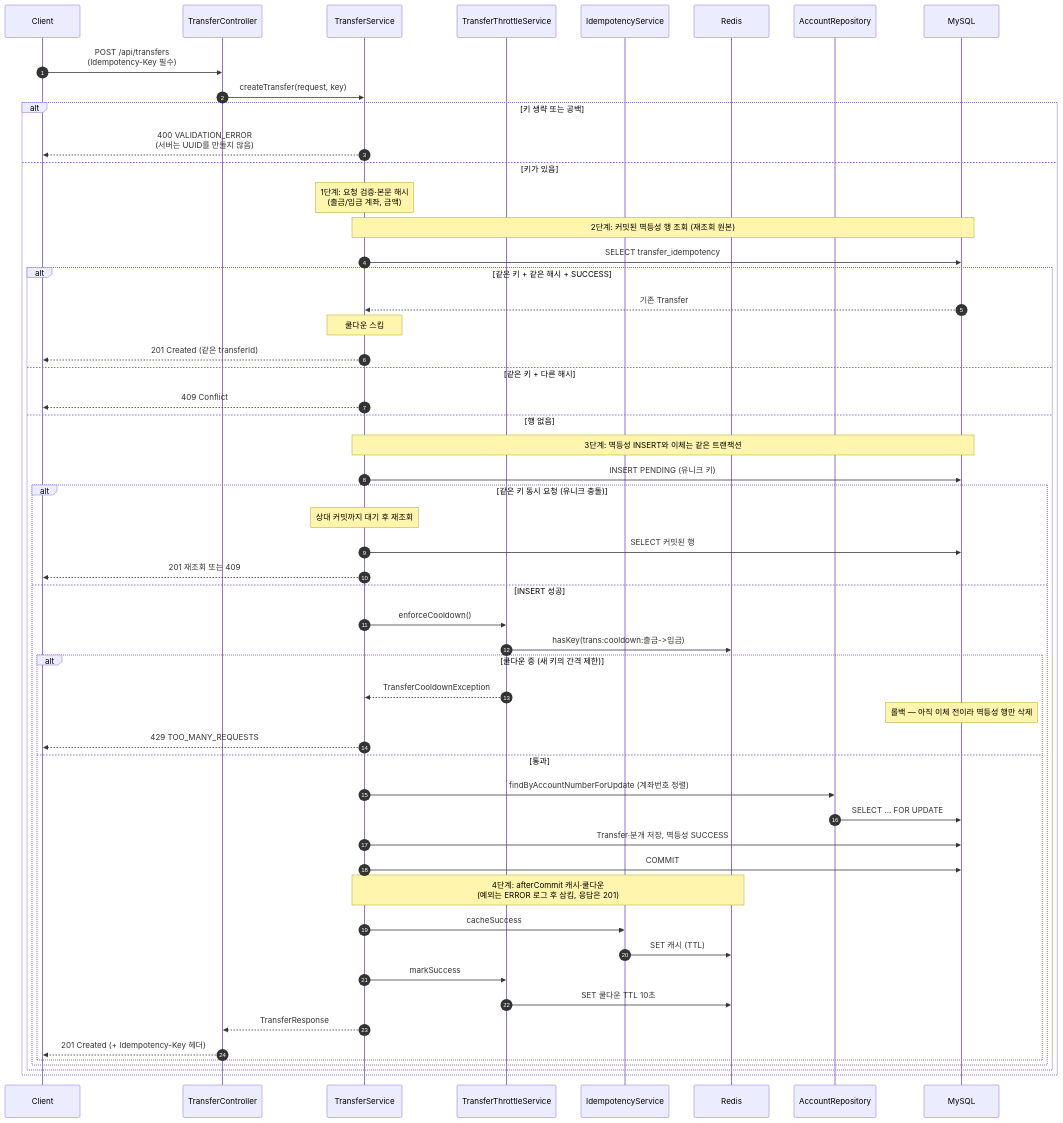
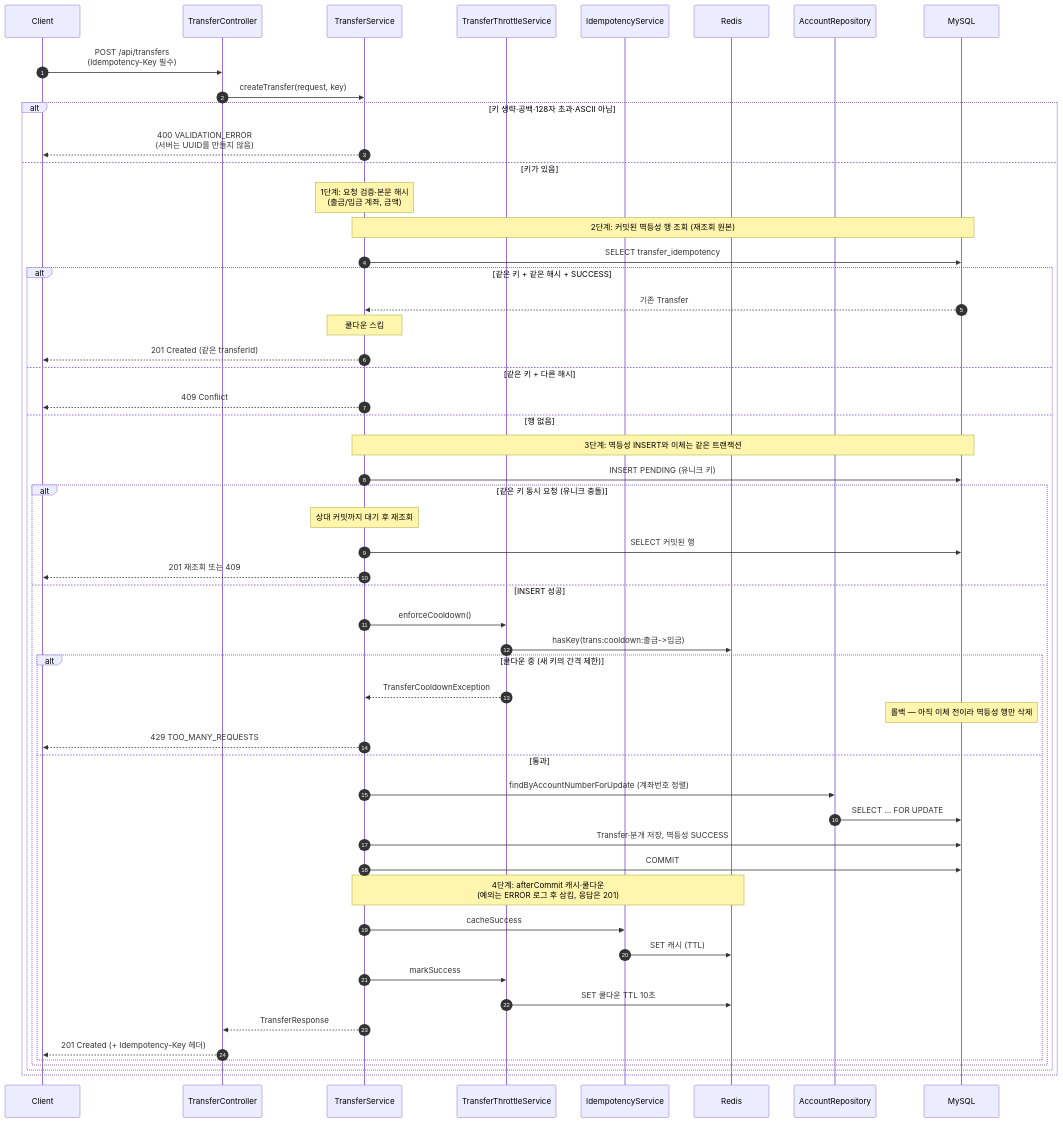
Before and after one commit to Pray-T/BankTransferSys_Backend_Restful: the second of 3 diagrams in README.md, drawn with Mermaid. The commit also changed other lines of this file and 4 other files, not shown here.

````diff
--- a/README.md
+++ b/README.md
@@ -275,56 +281,56 @@
 ```mermaid
 sequenceDiagram
     autonumber
     participant C as Client
     participant TC as TransferController
     participant TS as TransferService
     participant TTS as TransferThrottleService
     participant IS as IdempotencyService
     participant Redis as Redis
     participant AR as AccountRepository
     participant MySQL as MySQL
     C->>TC: POST /api/transfers<br/>(Idempotency-Key 필수)
     TC->>TS: createTransfer(request, key)
-    alt 키 생략 또는 공백
+    alt 키 생략·공백·128자 초과·ASCII 아님
         TS-->>C: 400 VALIDATION_ERROR<br/>(서버는 UUID를 만들지 않음)
     else 키가 있음
         Note over TS: 1단계: 요청 검증·본문 해시<br/>(출금/입금 계좌, 금액)
         Note over TS,MySQL: 2단계: 커밋된 멱등성 행 조회 (재조회 원본)
         TS->>MySQL: SELECT transfer_idempotency
         alt 같은 키 + 같은 해시 + SUCCESS
             MySQL-->>TS: 기존 Transfer
             Note over TS: 쿨다운 스킵
             TS-->>C: 201 Created (같은 transferId)
         else 같은 키 + 다른 해시
             TS-->>C: 409 Conflict
         else 행 없음
             Note over TS,MySQL: 3단계: 멱등성 INSERT와 이체는 같은 트랜잭션
             TS->>MySQL: INSERT PENDING (유니크 키)
             alt 같은 키 동시 요청 (유니크 충돌)
                 Note over TS: 상대 커밋까지 대기 후 재조회
                 TS->>MySQL: SELECT 커밋된 행
                 TS-->>C: 201 재조회 또는 409
             else INSERT 성공
                 TS->>TTS: enforceCooldown()
                 TTS->>Redis: hasKey(trans:cooldown:출금->입금)
                 alt 쿨다운 중 (새 키의 간격 제한)
                     TTS-->>TS: TransferCooldownException
                     Note over MySQL: 롤백 — 아직 이체 전이라 멱등성 행만 삭제
                     TS-->>C: 429 TOO_MANY_REQUESTS
                 else 통과
                     TS->>AR: findByAccountNumberForUpdate (계좌번호 정렬)
                     AR->>MySQL: SELECT ... FOR UPDATE
                     TS->>MySQL: Transfer·분개 저장, 멱등성 SUCCESS
                     TS->>MySQL: COMMIT
                     Note over TS,Redis: 4단계: afterCommit 캐시·쿨다운<br/>(예외는 ERROR 로그 후 삼킴, 응답은 201)
                     TS->>IS: cacheSuccess
                     IS->>Redis: SET 캐시 (TTL)
                     TS->>TTS: markSuccess
                     TTS->>Redis: SET 쿨다운 TTL 10초
                     TS-->>TC: TransferResponse
                     TC-->>C: 201 Created (+ Idempotency-Key 헤더)
                 end
             end
         end
     end
 ```
````
